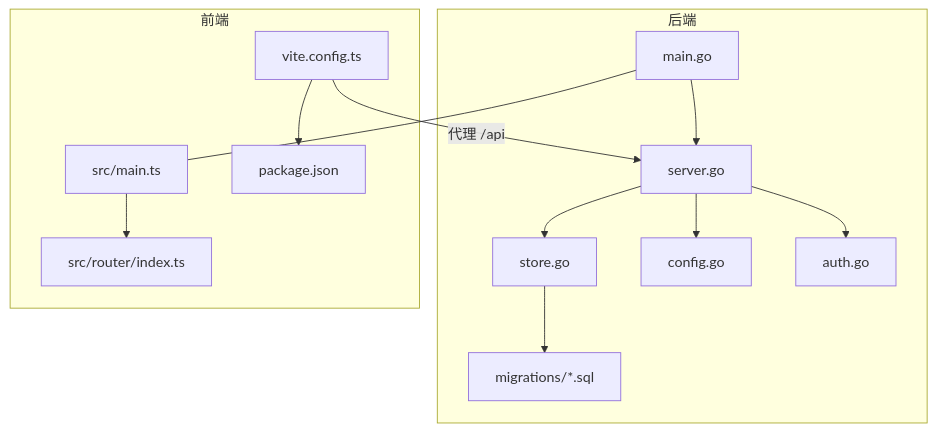
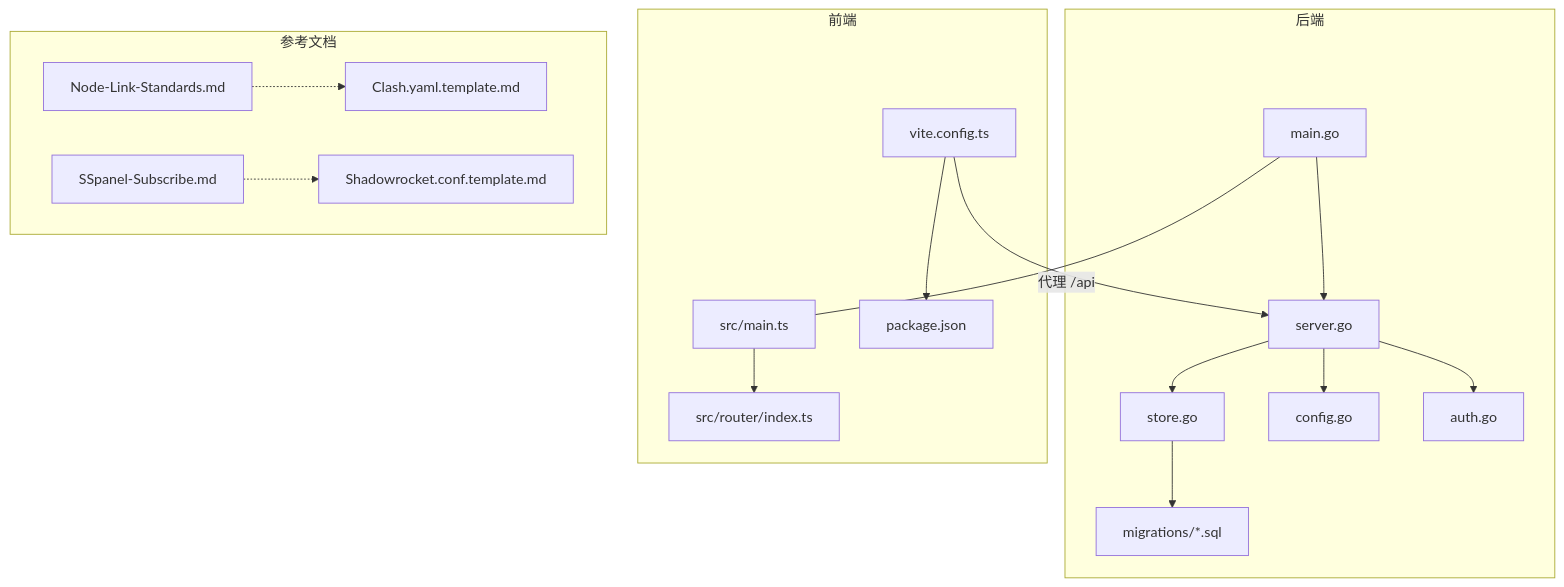
Before and after one commit to AlcaProphet/VPN-Subscription-Management: the first of 10 diagrams in .qoder/repowiki/zh/content/开发指南/开发指南.md, drawn with Mermaid. The commit also changed other lines of this file and 109 other files, not shown here.

````diff
--- a/.qoder/repowiki/zh/content/开发指南/开发指南.md
+++ b/.qoder/repowiki/zh/content/开发指南/开发指南.md
@@ -58,16 +76,24 @@
 ```mermaid
 graph TB
 subgraph "后端"
 M["main.go"] --> S["server.go"]
 S --> ST["store.go"]
 S --> CFG["config.go"]
 S --> AUTH["auth.go"]
 ST --> MIG["migrations/*.sql"]
 end
 subgraph "前端"
 FE_MAIN["src/main.ts"] --> FE_ROUTER["src/router/index.ts"]
 FE_VITE["vite.config.ts"] --> FE_PKG["package.json"]
 end
+subgraph "参考文档"
+REF1["Node-Link-Standards.md"]
+REF2["SSpanel-Subscribe.md"]
+TPL1["Clash.yaml.template.md"]
+TPL2["Shadowrocket.conf.template.md"]
+end
 M --- FE_MAIN
 FE_VITE --> |"代理 /api"| S
+REF1 -.-> TPL1
+REF2 -.-> TPL2
 ```
````
